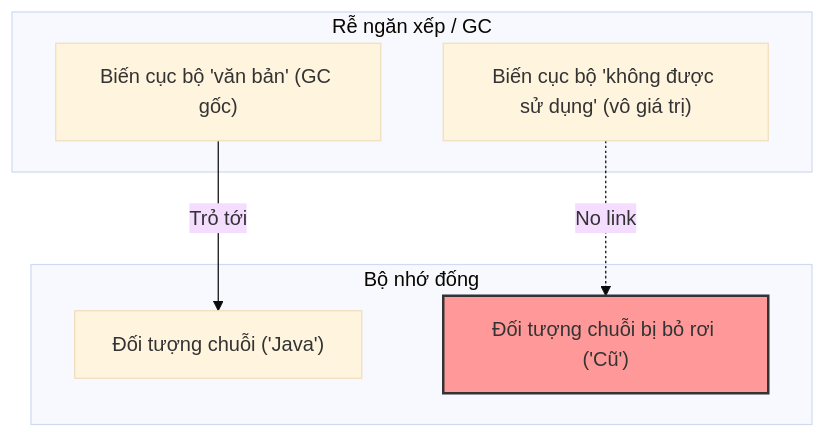
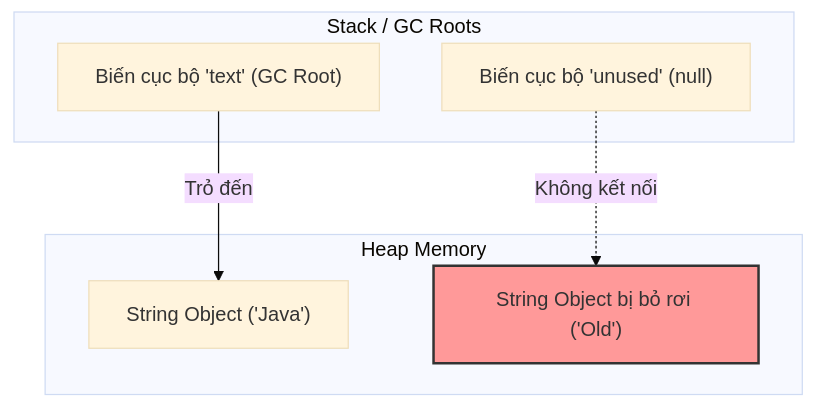
Before and after one commit to PhuThien2005/theoretical-of-java-core: the fourth of 4 diagrams in vi/01-overview/theory/03-compile-runtime-flow.md, drawn with Mermaid (base theme). The commit also changed other lines of this file and 229 other files, not shown here.

````diff
--- a/vi/01-overview/theory/03-compile-runtime-flow.md
+++ b/vi/01-overview/theory/03-compile-runtime-flow.md
@@ -199,14 +206,14 @@
 ```mermaid
 flowchart TD
-    subgraph Stack ["Rễ ngăn xếp / GC"]
-        root1["Biến cục bộ 'văn bản' (GC gốc)"]
-        root2["Biến cục bộ 'không được sử dụng' (vô giá trị)"]
+    subgraph Stack ["Stack / GC Roots"]
+        root1["Biến cục bộ 'text' (GC Root)"]
+        root2["Biến cục bộ 'unused' (null)"]
     end
-    subgraph Heap ["Bộ nhớ đống"]
-        obj1["Đối tượng chuỗi ('Java')"]
-        obj2["Đối tượng chuỗi bị bỏ rơi ('Cũ')"]
+    subgraph Heap ["Heap Memory"]
+        obj1["String Object ('Java')"]
+        obj2["String Object bị bỏ rơi ('Old')"]
     end
-    root1 -->|Trỏ tới| obj1
-    root2 -.->|No link| obj2
+    root1 -->|Trỏ đến| obj1
+    root2 -.->|Không kết nối| obj2
     style obj2 fill:#f99,stroke:#333,stroke-width:2px
 ```
````
